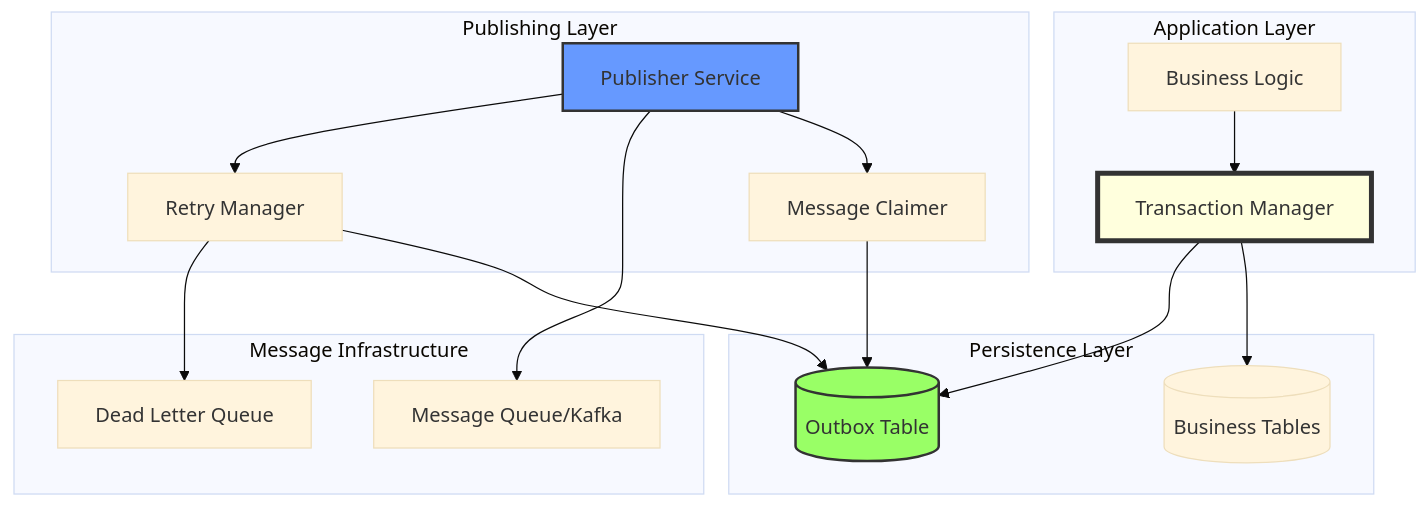
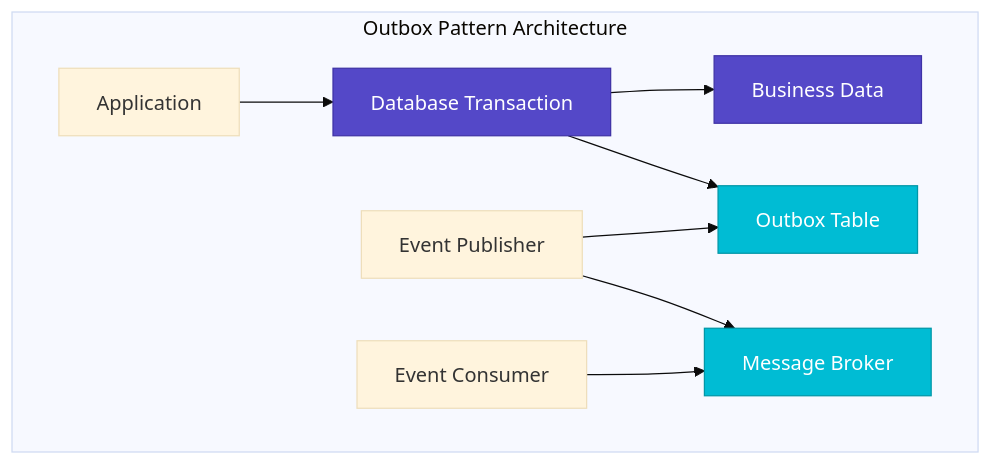
Before and after one commit to deepaucksharma/DStudio: the second of 6 diagrams in docs/pattern-library/data-management/outbox.md, drawn with Mermaid (base theme). The commit also changed other lines of this file and 191 other files, not shown here.

````diff
--- a/docs/pattern-library/data-management/outbox.md
+++ b/docs/pattern-library/data-management/outbox.md
@@ -226,38 +121,19 @@
 ```mermaid
 graph TB
-    subgraph "Application Layer"
-        APP[Business Logic]
-        TX[Transaction Manager]
+    subgraph "Outbox Pattern Architecture"
+        A[Application] --> B[Database Transaction]
+        B --> C[Business Data]
+        B --> D[Outbox Table]
+        
+        E[Event Publisher] --> D
+        E --> F[Message Broker]
+        
+        G[Event Consumer] --> F
     end
     
-    subgraph "Persistence Layer"
-        BT[(Business Tables)]
-        OT[(Outbox Table)]
-    end
+    classDef primary fill:#5448C8,stroke:#3f33a6,color:#fff
+    classDef secondary fill:#00BCD4,stroke:#0097a7,color:#fff
     
-    subgraph "Publishing Layer"
-        PUB[Publisher Service]
-        CLAIM[Message Claimer]
-        RETRY[Retry Manager]
-    end
-    
-    subgraph "Message Infrastructure"
-        Q[Message Queue/Kafka]
-        DLQ[Dead Letter Queue]
-    end
-    
-    APP --> TX
-    TX --> BT
-    TX --> OT
-    
-    PUB --> CLAIM
-    CLAIM --> OT
-    PUB --> Q
-    PUB --> RETRY
-    RETRY --> OT
-    RETRY --> DLQ
-    
-    style TX fill:#ffd,stroke:#333,stroke-width:4px
-    style OT fill:#9f6,stroke:#333,stroke-width:2px
-    style PUB fill:#69f,stroke:#333,stroke-width:2px
+    class B,C primary
+    class D,F secondary
 ```
````
